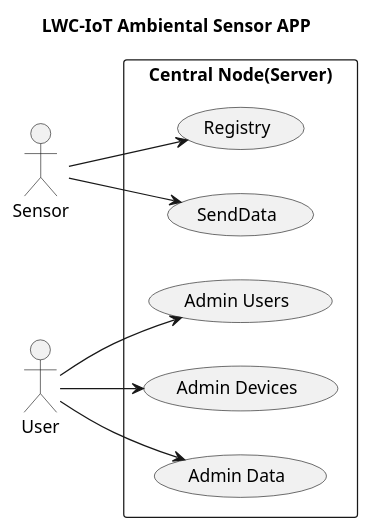
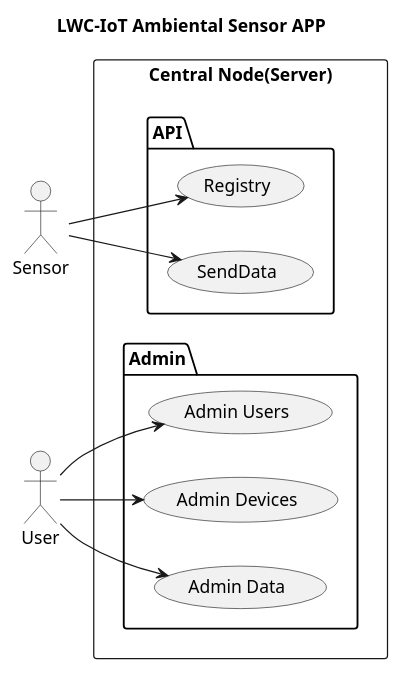
One commit to darketmaster/LWCIoTServer changed the diagram in DIAGRAMS/Cases.puml. Above: the diagram before and after it, drawn with PlantUML. The commit also changed 1 other file, not shown here.

```diff
--- a/DIAGRAMS/Cases.puml
+++ b/DIAGRAMS/Cases.puml
@@ -1,20 +1,24 @@
 @startuml
 'autonumber
 title LWC-IoT Ambiental Sensor APP
 
 left to right direction
 actor "Sensor" as ss
 actor "User" as us
 rectangle "Central Node(Server)" {
-  usecase "Registry" as UC1
-  usecase "SendData" as UC2
-  usecase "Admin Users" as UC3
-  usecase "Admin Devices" as UC4
-  usecase "Admin Data" as UC5
+  package API{
+    usecase "Registry" as UC1
+    usecase "SendData" as UC2
+  }
+  package Admin{
+    usecase "Admin Users" as UC3
+    usecase "Admin Devices" as UC4
+    usecase "Admin Data" as UC5
+  }
 }
 ss --> UC1
 ss --> UC2
 us --> UC3
 us --> UC4
 us --> UC5
 @enduml
```
